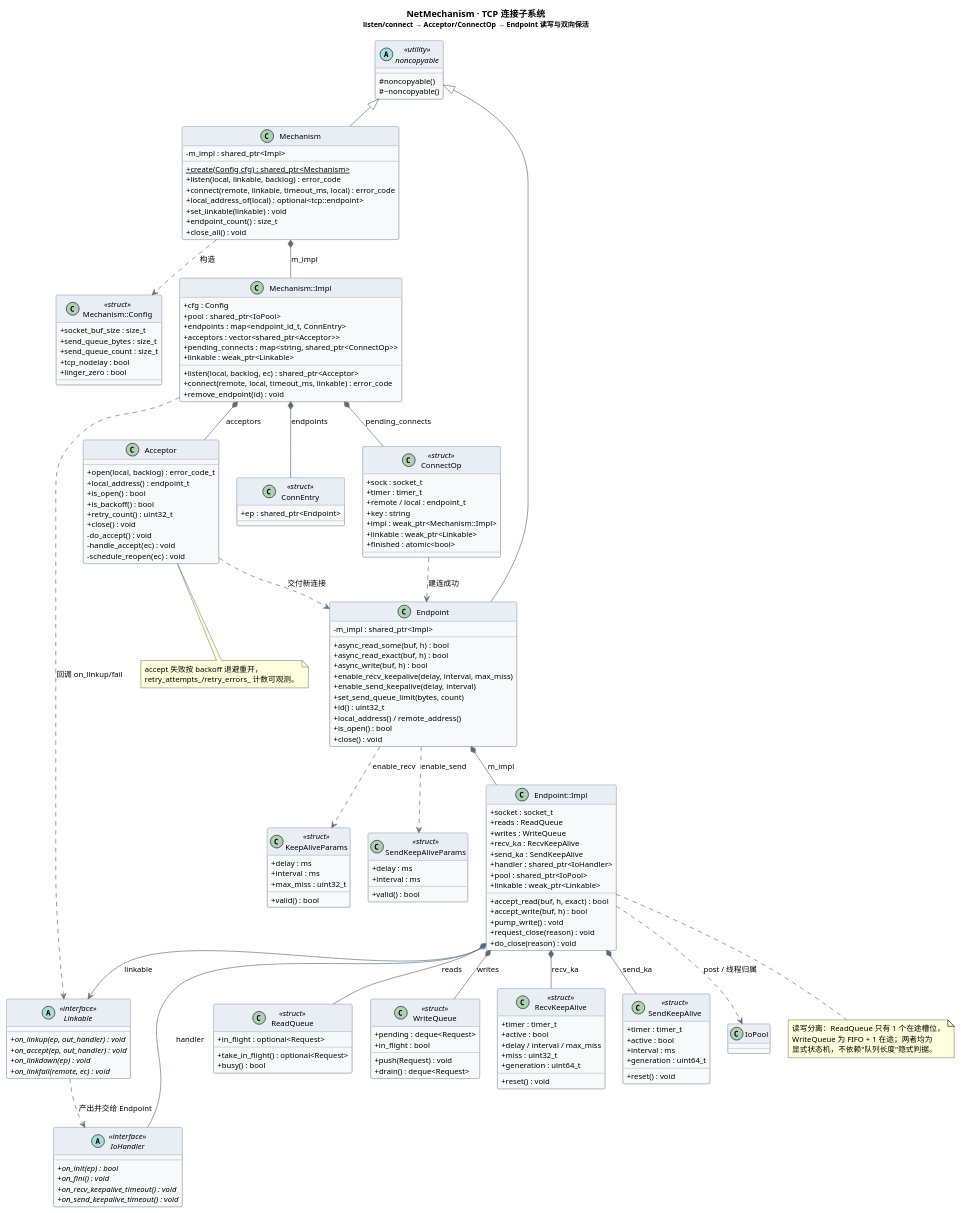
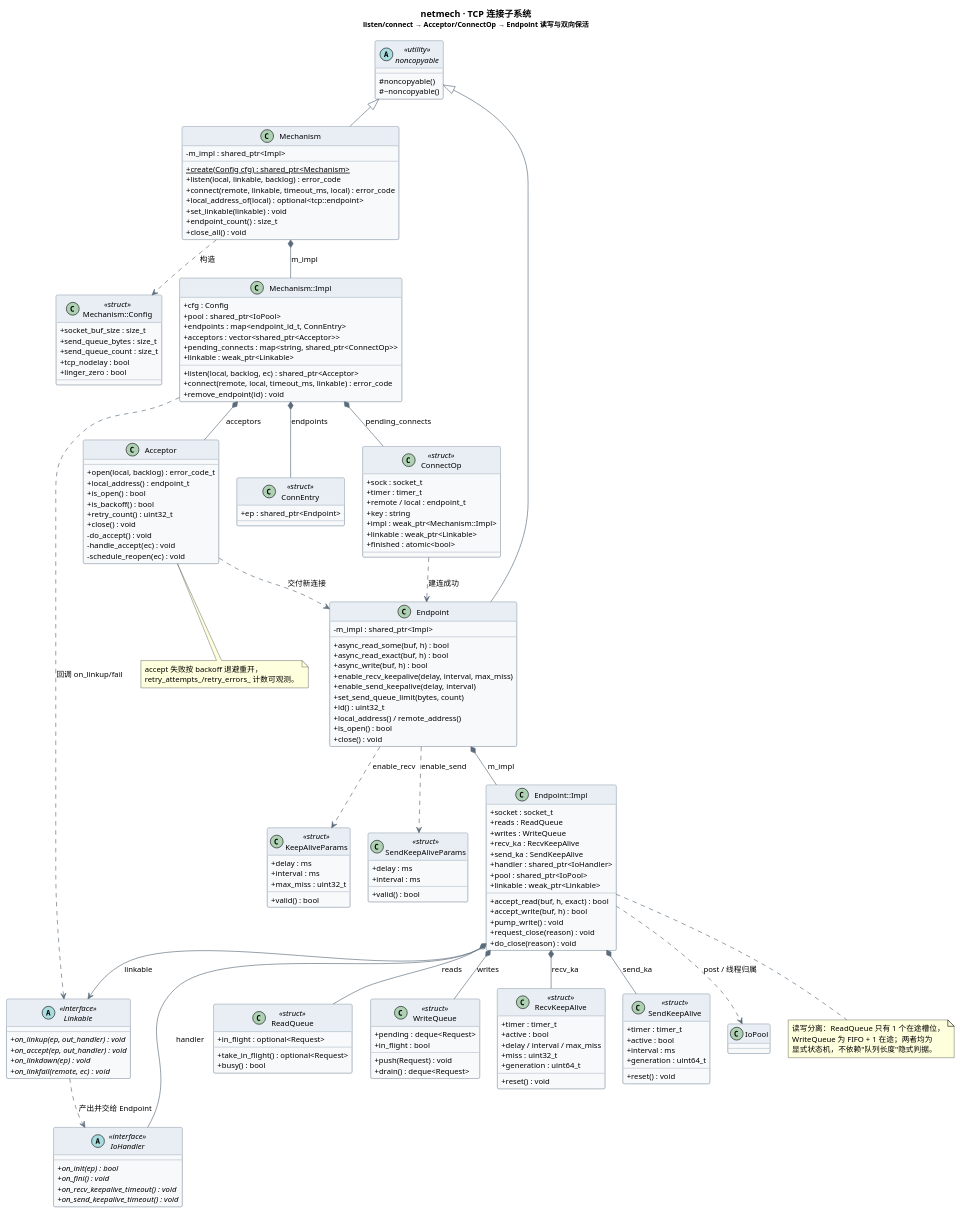
Before and after one commit to goldhalo/netmech: the diagram in docs/design/01_tcp_connection.puml, drawn with PlantUML. The commit also changed 59 other files, not shown here.

```diff
--- a/docs/design/01_tcp_connection.puml
+++ b/docs/design/01_tcp_connection.puml
@@ -1,5 +1,5 @@
 @startuml netmech_tcp_connection
-' NetMechanism · TCP 连接子系统（公共契约 + 内部实现）
+' netmech · TCP 连接子系统（公共契约 + 内部实现）
 skinparam backgroundColor #FFFFFF
 skinparam defaultFontName "Microsoft YaHei"
 skinparam defaultFontSize 12
@@ -14,7 +14,7 @@
 skinparam AbstractClassBackgroundColor #EFF6EC
 skinparam AbstractClassBorderColor #6E9C5A
 
-title NetMechanism · TCP 连接子系统\n<size:11>listen/connect → Acceptor/ConnectOp → Endpoint 读写与双向保活</size>
+title netmech · TCP 连接子系统\n<size:11>listen/connect → Acceptor/ConnectOp → Endpoint 读写与双向保活</size>
 
     abstract class noncopyable <<utility>> {
         #noncopyable()
```
